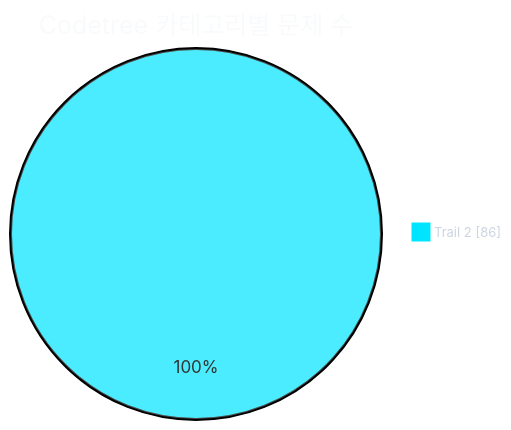
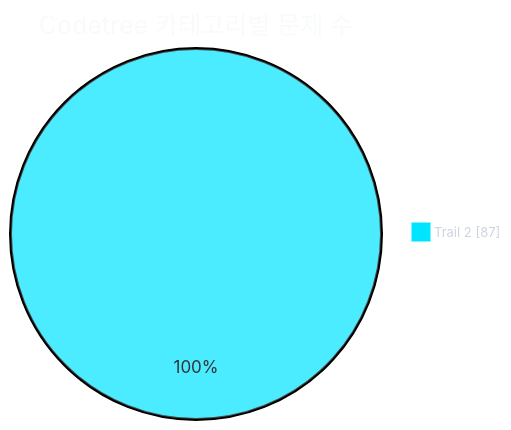
One commit to CHOOSLA/Algorithm changed the first of 2 diagrams in readme.md. Above: the diagram before and after it, drawn with Mermaid. The commit also changed other lines of this file and 2 other files, not shown here.

````diff
--- a/readme.md
+++ b/readme.md
@@ -31,21 +31,21 @@
 ```mermaid
 ---
 config:
   theme: base
   themeVariables:
     background: '#0d1117'
     pieTitleTextColor: '#f8fafc'
     pieLegendTextColor: '#cbd5e1'
     pieLegendTextSize: '13px'
     pie1: '#00e5ff'
     pie2: '#22c55e'
     pie3: '#f59e0b'
     pie4: '#a855f7'
     pie5: '#ec4899'
     pie6: '#3b82f6'
     pie7: '#64748b'
 ---
 pie showData
   title Codetree 카테고리별 문제 수
-  "Trail 2" : 86
+  "Trail 2" : 87
 ```
````
